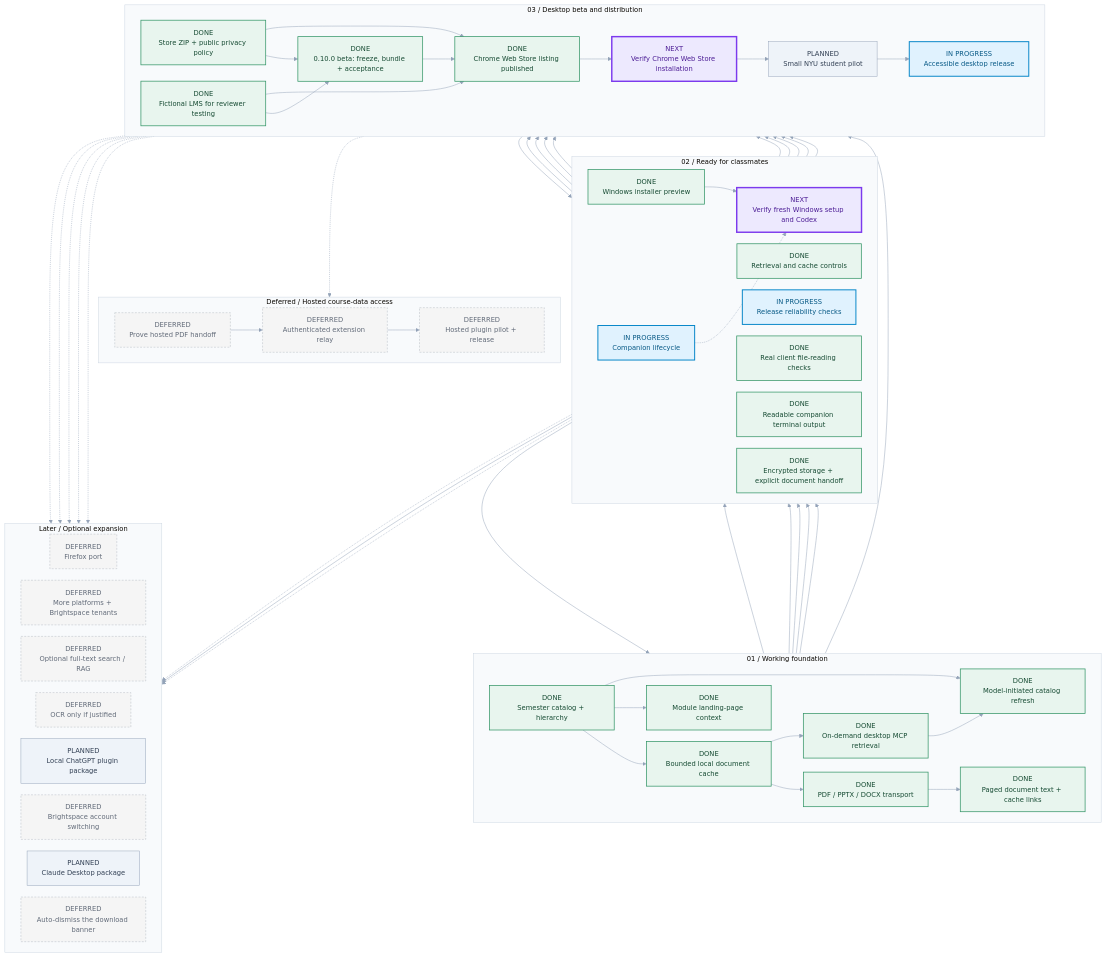
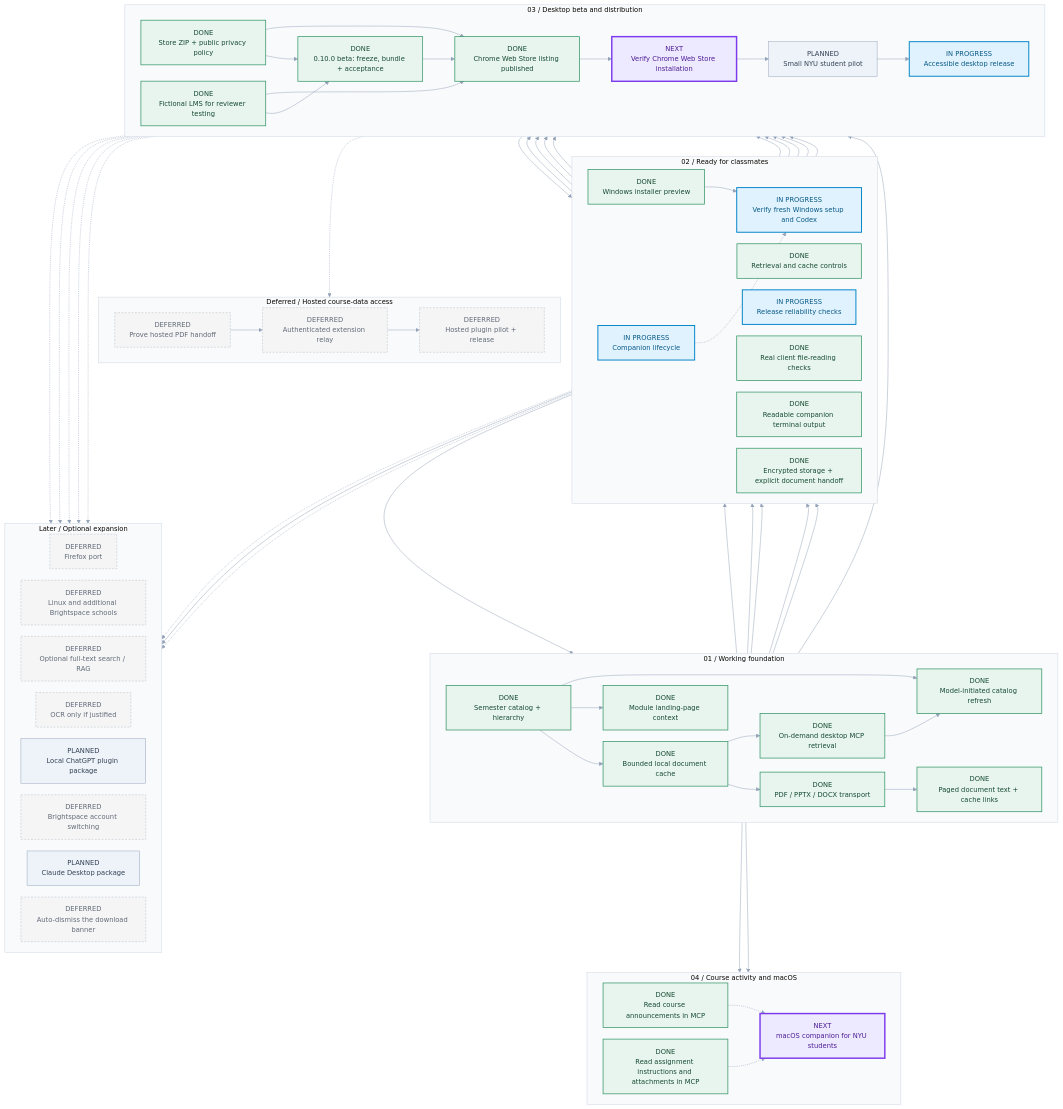
One commit to khin101wastaken/brightspace-context changed the diagram in docs/roadmap.mmd. Above: the diagram before and after it, drawn with Mermaid. The commit also changed 19 other files, not shown here.

Commit message:
Add live Brightspace announcements and assignments to MCP

```diff
--- a/docs/roadmap.mmd
+++ b/docs/roadmap.mmd
@@ -1,102 +1,112 @@
 %% Generated from roadmap.json. Edit the source, then run npm run roadmap.
 %%{init: {"theme":"base","themeVariables":{"fontFamily":"Segoe UI, system-ui, sans-serif","fontSize":"14px","lineColor":"#94a3b8","clusterBkg":"#f8fafc","clusterBorder":"#cbd5e1","primaryTextColor":"#0f172a"},"flowchart":{"curve":"basis","nodeSpacing":24,"rankSpacing":42,"htmlLabels":true}}}%%
 flowchart TB
   subgraph p_core["01 / Working foundation"]
     direction LR
     m_catalog["DONE<br/>Semester catalog + hierarchy"]:::done
     m_cache["DONE<br/>Bounded local document cache"]:::done
     m_retrieval["DONE<br/>On-demand desktop MCP retrieval"]:::done
     m_catalog_sync["DONE<br/>Model-initiated catalog refresh"]:::done
     m_formats["DONE<br/>PDF / PPTX / DOCX transport"]:::done
     m_module_notes["DONE<br/>Module landing-page context"]:::done
     m_document_text["DONE<br/>Paged document text + cache links"]:::done
   end
   subgraph p_readiness["02 / Ready for classmates"]
     direction LR
     m_lifecycle["IN PROGRESS<br/>Companion lifecycle"]:::in_progress
-    m_onboarding["NEXT<br/>Verify fresh Windows setup and Codex"]:::next
+    m_onboarding["IN PROGRESS<br/>Verify fresh Windows setup and Codex"]:::in_progress
     m_controls["DONE<br/>Retrieval and cache controls"]:::done
     m_hardening["IN PROGRESS<br/>Release reliability checks"]:::in_progress
     m_installer["DONE<br/>Windows installer preview"]:::done
     m_file_readers["DONE<br/>Real client file-reading checks"]:::done
     m_terminal_readability["DONE<br/>Readable companion terminal output"]:::done
     m_encrypted_storage["DONE<br/>Encrypted storage + explicit document handoff"]:::done
   end
   subgraph p_release["03 / Desktop beta and distribution"]
     direction LR
     m_pilot["PLANNED<br/>Small NYU student pilot"]:::planned
     m_desktop_release["IN PROGRESS<br/>Accessible desktop release"]:::in_progress
     m_store_assets["DONE<br/>Store ZIP + public privacy policy"]:::done
     m_beta_bundle["DONE<br/>0.10.0 beta: freeze, bundle + acceptance"]:::done
     m_store_listing["DONE<br/>Chrome Web Store listing published"]:::done
     m_store_install["NEXT<br/>Verify Chrome Web Store installation"]:::next
     m_review_demo["DONE<br/>Fictional LMS for reviewer testing"]:::done
   end
+  subgraph p_expansion["04 / Course activity and macOS"]
+    direction LR
+    m_announcements["DONE<br/>Read course announcements in MCP"]:::done
+    m_assignments["DONE<br/>Read assignment instructions and attachments in MCP"]:::done
+    m_macos["NEXT<br/>macOS companion for NYU students"]:::next
+  end
   subgraph p_web["Deferred / Hosted course-data access"]
     direction LR
     m_web_handoff["DEFERRED<br/>Prove hosted PDF handoff"]:::deferred
     m_remote_bridge["DEFERRED<br/>Authenticated extension relay"]:::deferred
     m_hosted_release["DEFERRED<br/>Hosted plugin pilot + release"]:::deferred
   end
   subgraph p_later["Later / Optional expansion"]
     direction LR
     m_firefox["DEFERRED<br/>Firefox port"]:::deferred
-    m_platforms["DEFERRED<br/>More platforms + Brightspace tenants"]:::deferred
+    m_platforms["DEFERRED<br/>Linux and additional Brightspace schools"]:::deferred
     m_indexing["DEFERRED<br/>Optional full-text search / RAG"]:::deferred
     m_ocr["DEFERRED<br/>OCR only if justified"]:::deferred
     m_mcp_install["PLANNED<br/>Local ChatGPT plugin package"]:::planned
     m_account_switching["DEFERRED<br/>Brightspace account switching"]:::deferred
     m_claude["PLANNED<br/>Claude Desktop package"]:::planned
     m_download_banner["DEFERRED<br/>Auto-dismiss the download banner"]:::deferred
   end
   m_catalog --> m_cache
   m_cache --> m_retrieval
   m_retrieval --> m_lifecycle
   m_retrieval --> m_controls
   m_retrieval --> m_hardening
   m_onboarding --> m_pilot
   m_controls --> m_pilot
   m_controls -.-> m_account_switching
   m_hardening --> m_pilot
   m_pilot --> m_desktop_release
   m_desktop_release -.-> m_web_handoff
   m_web_handoff --> m_remote_bridge
   m_remote_bridge --> m_hosted_release
   m_desktop_release -.-> m_firefox
   m_desktop_release -.-> m_platforms
   m_desktop_release -.-> m_indexing
   m_desktop_release -.-> m_ocr
   m_catalog --> m_module_notes
   m_cache --> m_formats
   m_retrieval --> m_installer
   m_installer --> m_mcp_install
   m_installer --> m_onboarding
   m_desktop_release -.-> m_mcp_install
   m_lifecycle -.-> m_onboarding
   m_formats --> m_file_readers
   m_file_readers --> m_pilot
   m_installer --> m_store_assets
   m_store_assets --> m_store_listing
   m_store_listing --> m_store_install
   m_store_listing --> m_onboarding
   m_store_install --> m_pilot
   m_installer -.-> m_claude
   m_catalog --> m_catalog_sync
   m_retrieval --> m_catalog_sync
   m_encrypted_storage --> m_store_listing
   m_review_demo --> m_store_listing
   m_formats --> m_document_text
   m_encrypted_storage --> m_document_text
   m_document_text --> m_beta_bundle
   m_installer --> m_beta_bundle
   m_review_demo --> m_beta_bundle
   m_terminal_readability --> m_beta_bundle
   m_store_assets --> m_beta_bundle
   m_beta_bundle --> m_store_listing
   m_file_readers --> m_beta_bundle
+  m_catalog_sync --> m_announcements
+  m_retrieval --> m_assignments
+  m_announcements -.-> m_macos
+  m_assignments -.-> m_macos
   classDef done fill:#e8f5ee,stroke:#319465,color:#164b33,stroke-width:1.5px;
   classDef in_progress fill:#e0f2fe,stroke:#0284c7,color:#075985,stroke-width:2px;
   classDef next fill:#ede9fe,stroke:#7c3aed,color:#4c1d95,stroke-width:3px;
   classDef planned fill:#eef3f9,stroke:#94a3b8,color:#334155,stroke-width:1px;
   classDef research fill:#fff4df,stroke:#d99a24,color:#783c0b,stroke-width:1.5px;
   classDef deferred fill:#f5f5f5,stroke:#b4b9c2,color:#626b79,stroke-dasharray:4 3;
```
